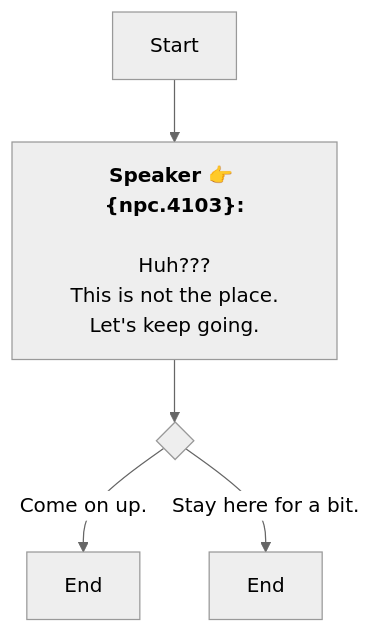
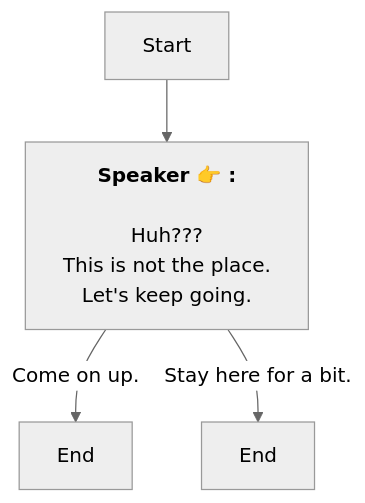
One commit to SoftHu/tos_avg changed the diagram in En/QuestStartTalkENode_1741442307334371.md. Above: the diagram before and after it, drawn with Mermaid (neutral theme). The commit also changed 737 other files, not shown here.

````diff
--- a/En/QuestStartTalkENode_1741442307334371.md
+++ b/En/QuestStartTalkENode_1741442307334371.md
@@ -1,12 +1,8 @@
 ```mermaid
 graph
-Start -->1741442449087714[<b>Speaker 👉 &lbrace;npc.4103&rbrace;:</b>
+Start -->1741442449087714[<b>Speaker 👉 :</b>
+\nHuh???\nThis is not the place.\nLet's keep going.]
+1741442449087714 -->|Come on up.|1741442581405923[End]
+1741442449087714 -->|Stay here for a bit.|1741443843541225[End]
 
-Huh???
-This is not the place.
-Let's keep going.]
-1741442449087714 -->1741443793406180{ }
-1741443793406180 -->|Come on up.|1741442581405923[End]
-1741443793406180 -->|Stay here for a bit.|1741443843541225[End]
-
- ```
+```
````
